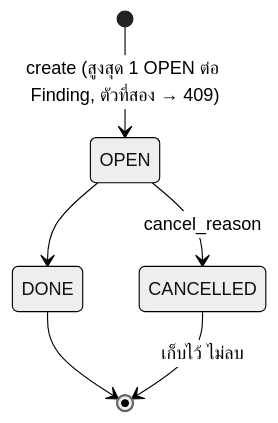
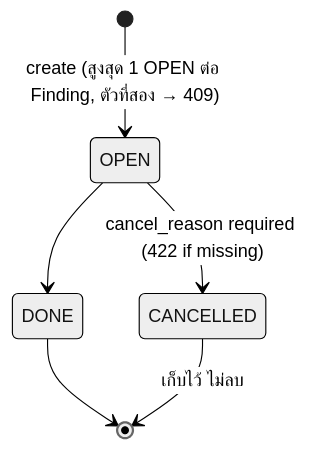
The fifth of 6 diagrams in docs/requirements/process-flow-work-order.md (nanoubon/Service-Ecosystem), drawn with Mermaid (neutral theme) before and after one commit. The commit also changed 1 other file, not shown here.

Commit message:
docs(requirements): cancel_reason required on WO cancel (422) — Architect decision, planned v0.3

````diff
--- a/docs/requirements/process-flow-work-order.md
+++ b/docs/requirements/process-flow-work-order.md
@@ -57,8 +57,8 @@
 ```mermaid
 stateDiagram-v2
   [*] --> OPEN: create (สูงสุด 1 OPEN ต่อ Finding, ตัวที่สอง → 409)
   OPEN --> DONE
-  OPEN --> CANCELLED: cancel_reason
+  OPEN --> CANCELLED: cancel_reason required (422 if missing)
   DONE --> [*]
   CANCELLED --> [*]: เก็บไว้ ไม่ลบ
 ```
````
